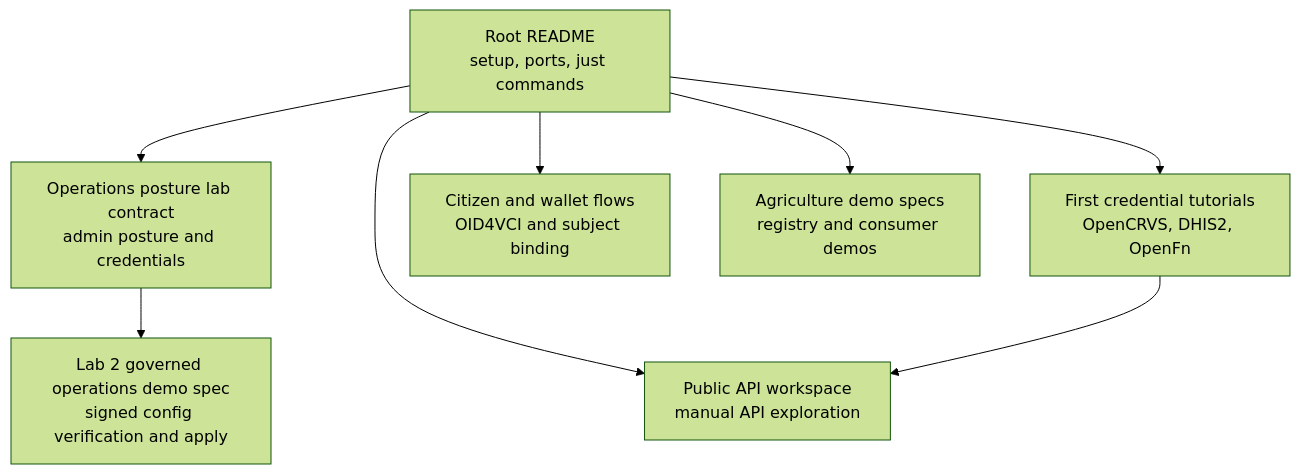
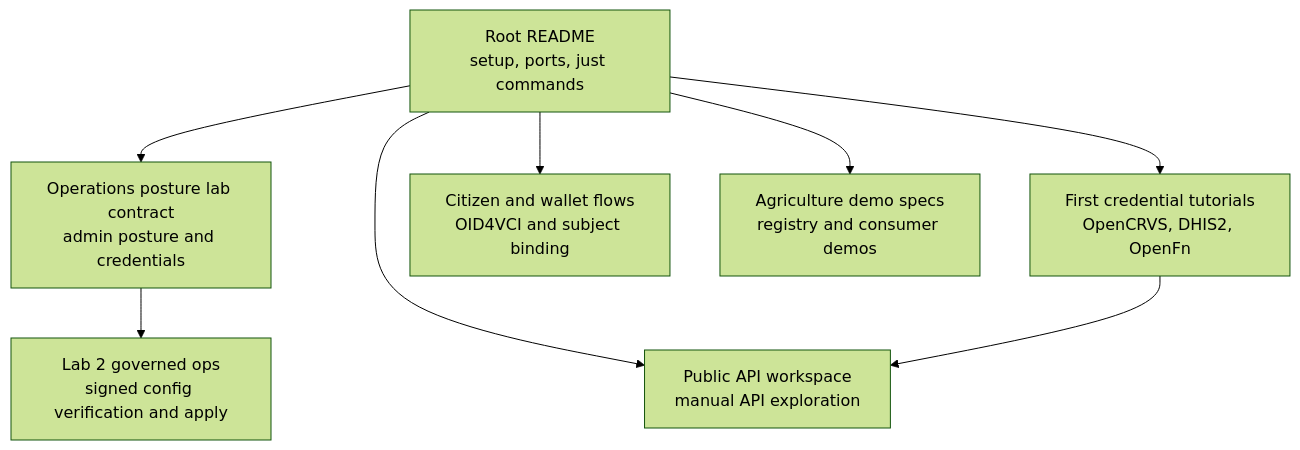
The diagram in lab/docs/README.md (registrystack/registry-stack), drawn with Mermaid (forest theme) before and after one commit. The commit also changed other lines of this file and 3 other files, not shown here.

````diff
--- a/lab/docs/README.md
+++ b/lab/docs/README.md
@@ -12,18 +12,18 @@
 ```mermaid
 flowchart TD
     Root["Root README<br/>setup, ports, just commands"]
     Ops["Operations posture lab contract<br/>admin posture and credentials"]
-    Lab2["Lab 2 governed operations demo spec<br/>signed config verification and apply"]
+    Lab2["Lab 2 governed ops<br/>signed config verification and apply"]
     Tutorials["First credential tutorials<br/>OpenCRVS, DHIS2, OpenFn"]
     Citizen["Citizen and wallet flows<br/>OID4VCI and subject binding"]
     Agri["Agriculture demo specs<br/>registry and consumer demos"]
     API["Public API workspace<br/>manual API exploration"]
 
     Root --> Ops
     Root --> Tutorials
     Root --> Citizen
     Root --> Agri
     Root --> API
     Ops --> Lab2
     Tutorials --> API
 ```
````
